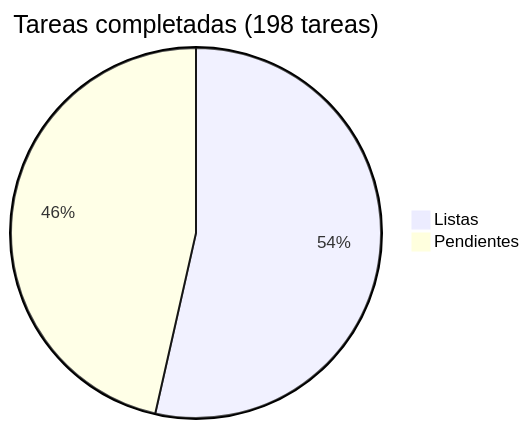
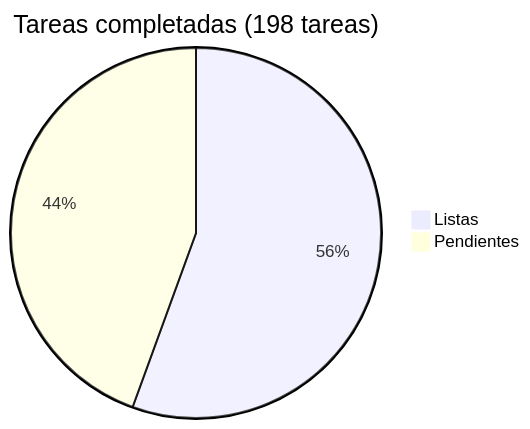
Before and after one commit to araguaney-lat/araguaney: the diagram in docs/roadmap/README.md, drawn with Mermaid. The commit also changed other lines of this file and 8 other files, not shown here.

````diff
--- a/docs/roadmap/README.md
+++ b/docs/roadmap/README.md
@@ -5,5 +5,5 @@
 ```mermaid
 pie title Tareas completadas (198 tareas)
-    "Listas" : 106
-    "Pendientes" : 92
+    "Listas" : 110
+    "Pendientes" : 88
 ```
````
